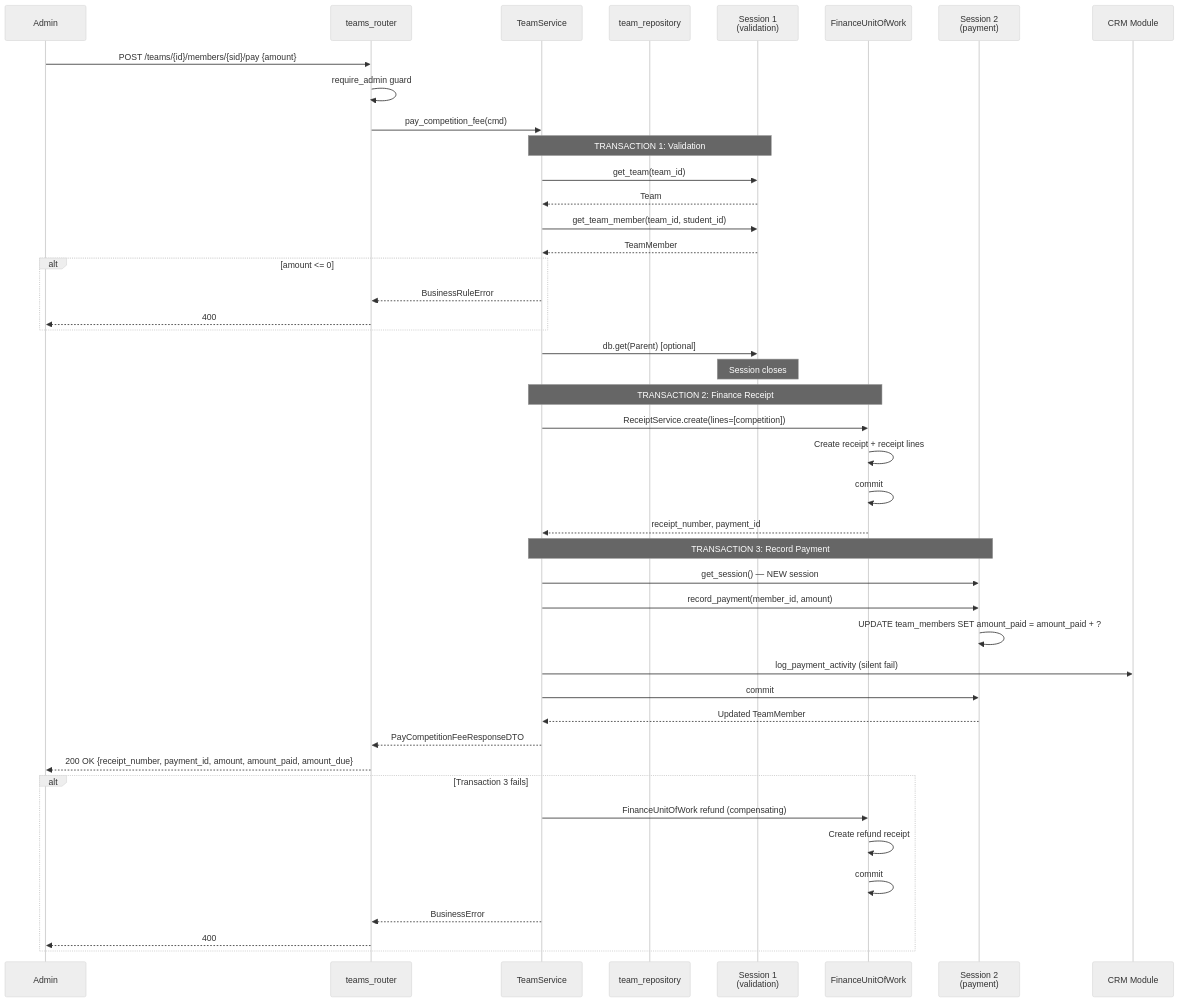
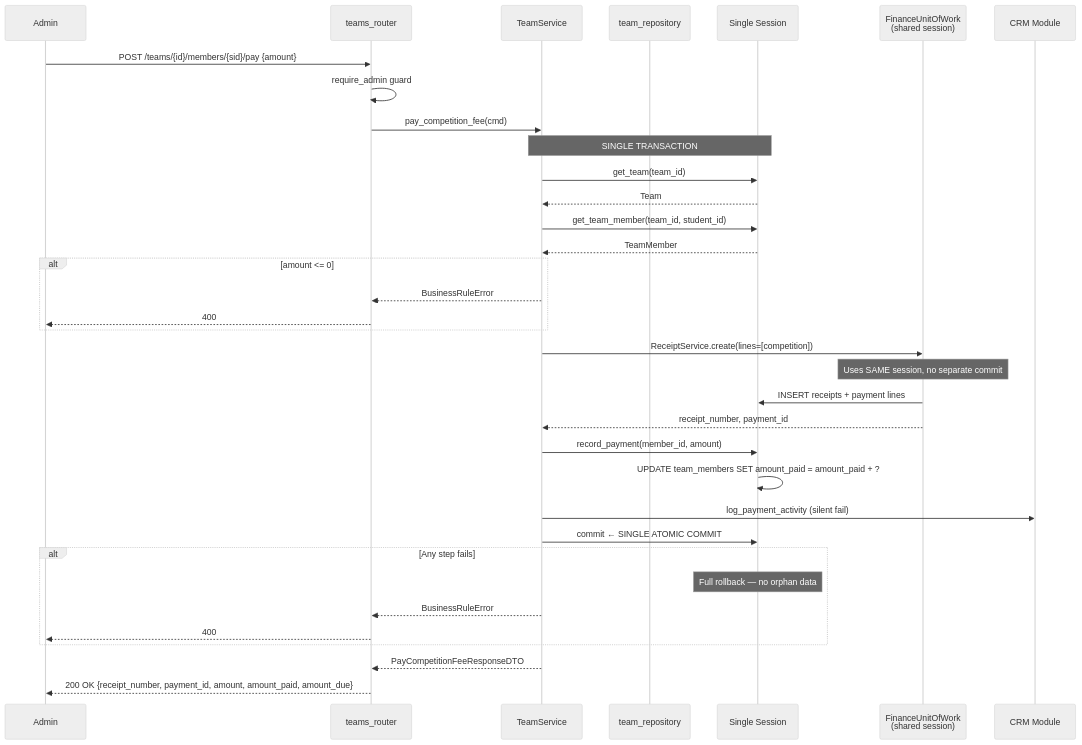
One commit to ibrhmahmd/techno-terminal changed the fourth of 8 diagrams in specs/010-competition-feature-enhancements/audit-report.md. Above: the diagram before and after it, drawn with Mermaid (neutral theme). The commit also changed other lines of this file and 27 other files, not shown here.

````diff
--- a/specs/010-competition-feature-enhancements/audit-report.md
+++ b/specs/010-competition-feature-enhancements/audit-report.md
@@ -222,52 +205,44 @@
 ```mermaid
 sequenceDiagram
     participant Admin
     participant Router as teams_router
     participant Svc as TeamService
     participant Repo as team_repository
-    participant DB1 as Session 1<br/>(validation)
-    participant FIN as FinanceUnitOfWork
-    participant DB2 as Session 2<br/>(payment)
+    participant DB as Single Session
+    participant FIN as FinanceUnitOfWork<br/>(shared session)
     participant CRM as CRM Module
 
     Admin->>Router: POST /teams/{id}/members/{sid}/pay {amount}
     Router->>Router: require_admin guard
     Router->>Svc: pay_competition_fee(cmd)
 
-    Note over Svc,DB1: TRANSACTION 1: Validation
-    Svc->>DB1: get_team(team_id)
-    DB1-->>Svc: Team
-    Svc->>DB1: get_team_member(team_id, student_id)
-    DB1-->>Svc: TeamMember
+    Note over Svc,DB: SINGLE TRANSACTION
+    Svc->>DB: get_team(team_id)
+    DB-->>Svc: Team
+    Svc->>DB: get_team_member(team_id, student_id)
+    DB-->>Svc: TeamMember
     alt amount <= 0
         Svc-->>Router: BusinessRuleError
         Router-->>Admin: 400
     end
-    Svc->>DB1: db.get(Parent) [optional]
-    Note over DB1: Session closes
 
-    Note over Svc,FIN: TRANSACTION 2: Finance Receipt
     Svc->>FIN: ReceiptService.create(lines=[competition])
-    FIN->>FIN: Create receipt + receipt lines
-    FIN->>FIN: commit
+    Note over FIN: Uses SAME session, no separate commit
+    FIN->>DB: INSERT receipts + payment lines
     FIN-->>Svc: receipt_number, payment_id
 
-    Note over Svc,DB2: TRANSACTION 3: Record Payment
-    Svc->>DB2: get_session() — NEW session
-    Svc->>DB2: record_payment(member_id, amount)
-    DB2->>DB2: UPDATE team_members SET amount_paid = amount_paid + ?
+    Svc->>DB: record_payment(member_id, amount)
+    DB->>DB: UPDATE team_members SET amount_paid = amount_paid + ?
+
     Svc->>CRM: log_payment_activity (silent fail)
-    Svc->>DB2: commit
-    DB2-->>Svc: Updated TeamMember
+    Svc->>DB: commit ← SINGLE ATOMIC COMMIT
+
+    alt Any step fails
+        Note over DB: Full rollback — no orphan data
+        Svc-->>Router: BusinessRuleError
+        Router-->>Admin: 400
+    end
 
     Svc-->>Router: PayCompetitionFeeResponseDTO
     Router-->>Admin: 200 OK {receipt_number, payment_id, amount, amount_paid, amount_due}
-
-    alt Transaction 3 fails
-        Svc->>FIN: FinanceUnitOfWork refund (compensating)
-        FIN->>FIN: Create refund receipt
-        FIN->>FIN: commit
-        Svc-->>Router: BusinessError
-        Router-->>Admin: 400
-    end
 ```
````
